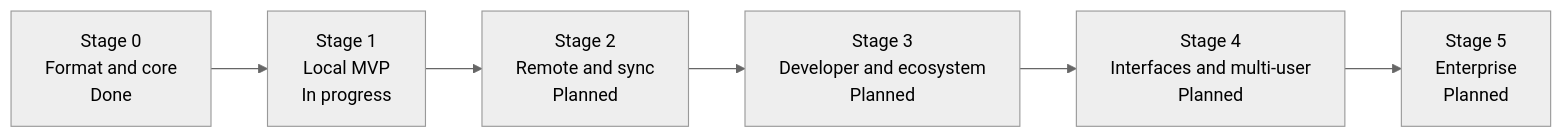
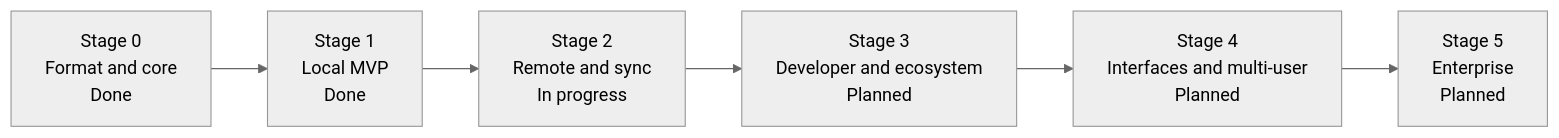
Before and after one commit to efe-clk/apeiron: the diagram in docs/ROADMAP.md, drawn with Mermaid (neutral theme). The commit also changed other lines of this file and 8 other files, not shown here.

````diff
--- a/docs/ROADMAP.md
+++ b/docs/ROADMAP.md
@@ -11,10 +11,10 @@
 ```mermaid
 flowchart LR
     S0["Stage 0<br/>Format and core<br/>Done"]
-    S1["Stage 1<br/>Local MVP<br/>In progress"]
-    S2["Stage 2<br/>Remote and sync<br/>Planned"]
+    S1["Stage 1<br/>Local MVP<br/>Done"]
+    S2["Stage 2<br/>Remote and sync<br/>In progress"]
     S3["Stage 3<br/>Developer and ecosystem<br/>Planned"]
     S4["Stage 4<br/>Interfaces and multi-user<br/>Planned"]
     S5["Stage 5<br/>Enterprise<br/>Planned"]
     S0 --> S1 --> S2 --> S3 --> S4 --> S5
 ```
````
